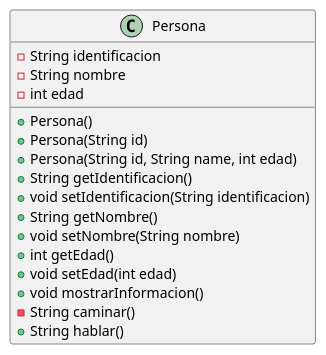
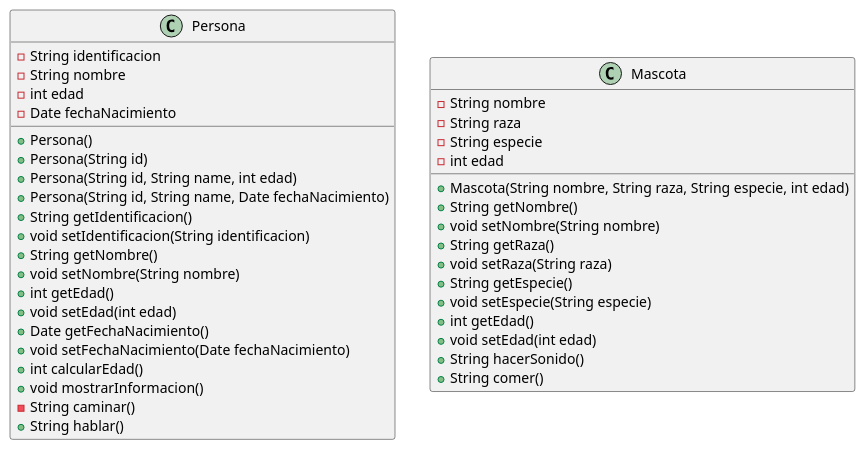
Before and after one commit to uniajc-gperezm/poo-g412: the second of 4 diagrams in README.md, drawn with PlantUML. The commit also changed other lines of this file and 3 other files, not shown here.

````diff
--- a/README.md
+++ b/README.md
@@ -31,23 +53,46 @@
 ```plantuml
 @startuml
 
 class Persona {
     - String identificacion
     - String nombre
     - int edad
+    - Date fechaNacimiento
     + Persona()
     + Persona(String id)
     + Persona(String id, String name, int edad)
+    + Persona(String id, String name, Date fechaNacimiento)
     + String getIdentificacion()
     + void setIdentificacion(String identificacion)
     + String getNombre()
     + void setNombre(String nombre)
     + int getEdad()
     + void setEdad(int edad)
+    + Date getFechaNacimiento()
+    + void setFechaNacimiento(Date fechaNacimiento)
+    + int calcularEdad()
     + void mostrarInformacion()
     - String caminar()
     + String hablar()
 }
 
+class Mascota {
+    - String nombre
+    - String raza
+    - String especie
+    - int edad
+    + Mascota(String nombre, String raza, String especie, int edad)
+    + String getNombre()
+    + void setNombre(String nombre)
+    + String getRaza()
+    + void setRaza(String raza)
+    + String getEspecie()
+    + void setEspecie(String especie)
+    + int getEdad()
+    + void setEdad(int edad)
+    + String hacerSonido()
+    + String comer()
+}
+
 @enduml
 ```
````
